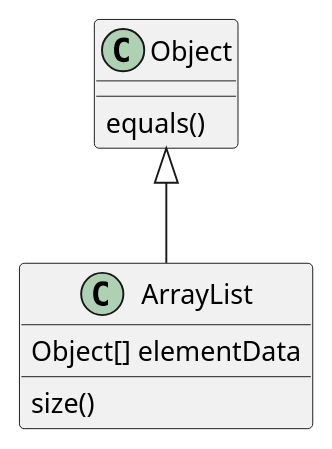
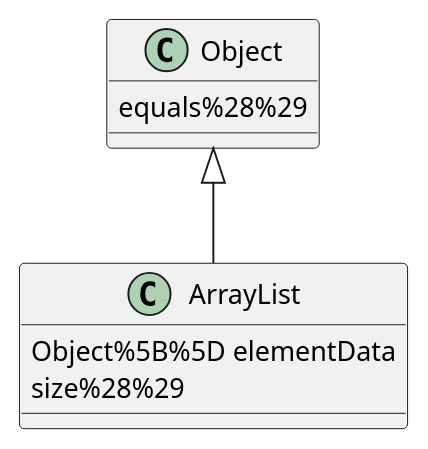
One commit to hakandilek/dilek.me changed the first of 2 diagrams in _posts/2016-01-15-UML-diagrams-for-Jekyll.md. Above: the diagram before and after it, drawn with PlantUML.

```diff
--- a/_posts/2016-01-15-UML-diagrams-for-Jekyll.md
+++ b/_posts/2016-01-15-UML-diagrams-for-Jekyll.md
@@ -27,6 +27,6 @@
 @startuml;
 Object <|-- ArrayList
-Object : equals()
-ArrayList : Object[] elementData
-ArrayList : size()
+Object : equals%28%29
+ArrayList : Object%5B%5D elementData
+ArrayList : size%28%29
 @enduml)
```
